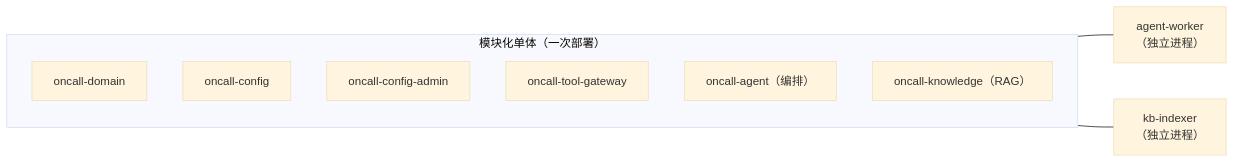
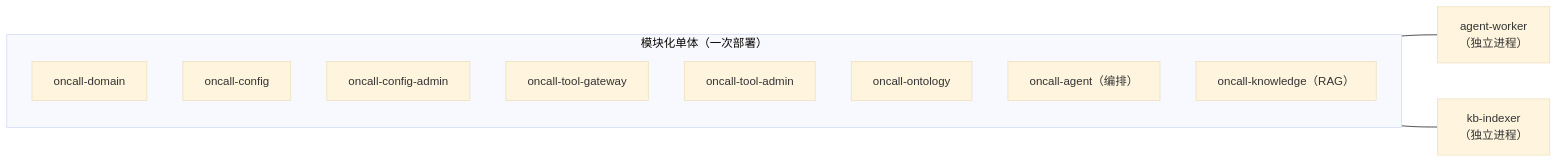
The third of 6 diagrams in 2.项目整体架构和技术栈选型分析设计文档.md (tough723/-agent-), drawn with Mermaid (base theme) before and after one commit. The commit also changed other lines of this file and 23 other files, not shown here.

````diff
--- a/2.项目整体架构和技术栈选型分析设计文档.md
+++ b/2.项目整体架构和技术栈选型分析设计文档.md
@@ -114,15 +114,17 @@
 ```mermaid
 flowchart LR
     subgraph M["模块化单体（一次部署）"]
         D["oncall-domain"]
         C["oncall-config"]
         CA["oncall-config-admin"]
         T["oncall-tool-gateway"]
+        TA["oncall-tool-admin"]
+        ON["oncall-ontology"]
         AG["oncall-agent（编排）"]
         K["oncall-knowledge（RAG）"]
     end
     W["agent-worker<br/>（独立进程）"]
     IDX["kb-indexer<br/>（独立进程）"]
     M --- W
     M --- IDX
 ```
````
